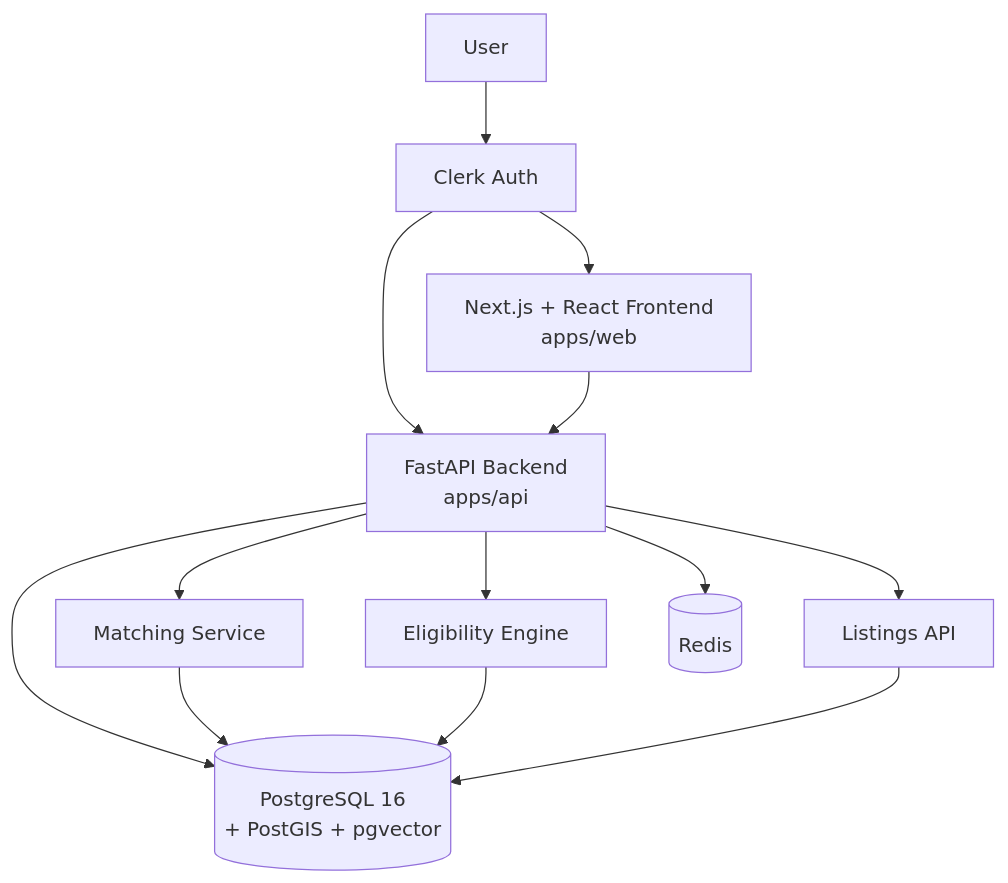
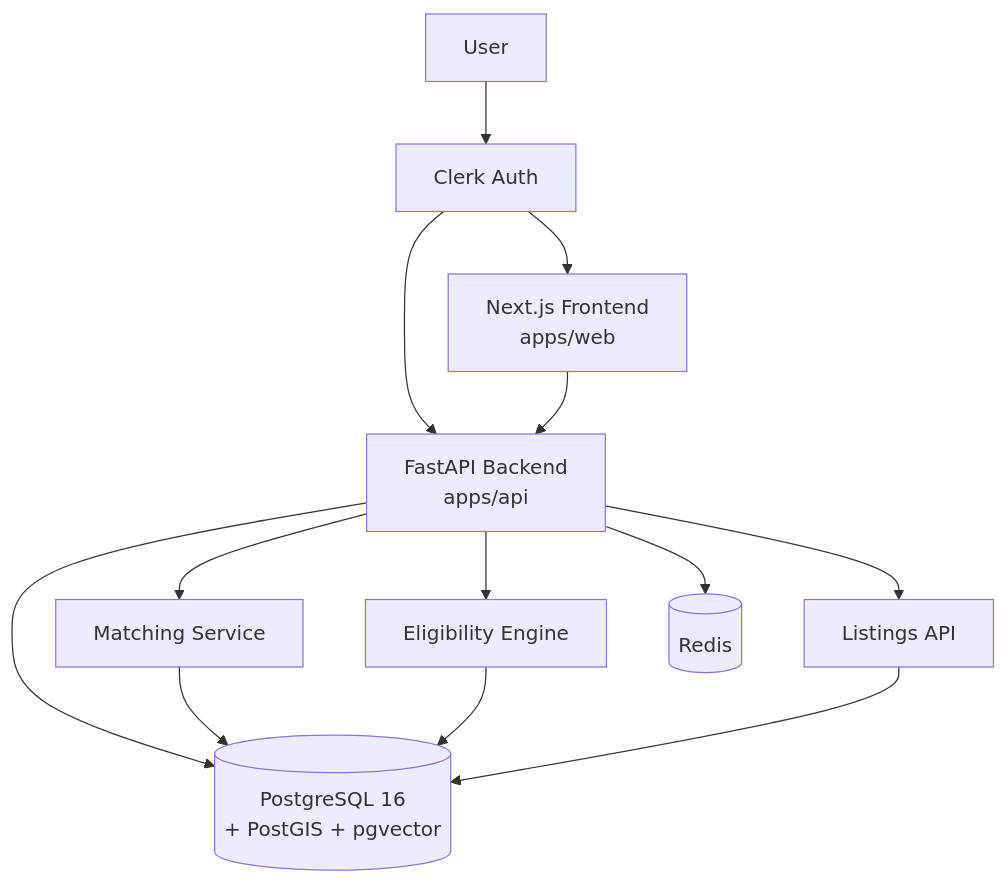
Before and after one commit to Chukwuemekaokafor77/MAPLEMATCH: the diagram in MapleMatch/README.md, drawn with Mermaid. The commit also changed other lines of this file, not shown here.

````diff
--- a/MapleMatch/README.md
+++ b/MapleMatch/README.md
@@ -48,15 +48,15 @@
 ```mermaid
 graph TB
     User[User] --> Clerk[Clerk Auth]
-    Clerk --> Web[Next.js + React Frontend<br/>apps/web]
+    Clerk --> Web[Next.js Frontend<br/>apps/web]
     Clerk --> API[FastAPI Backend<br/>apps/api]
     Web --> API
     API --> Eligibility[Eligibility Engine]
     API --> Matching[Matching Service]
     API --> Listings[Listings API]
     API --> DB[(PostgreSQL 16<br/>+ PostGIS + pgvector)]
     API --> Cache[(Redis)]
     Matching --> DB
     Eligibility --> DB
     Listings --> DB
 ```
````
